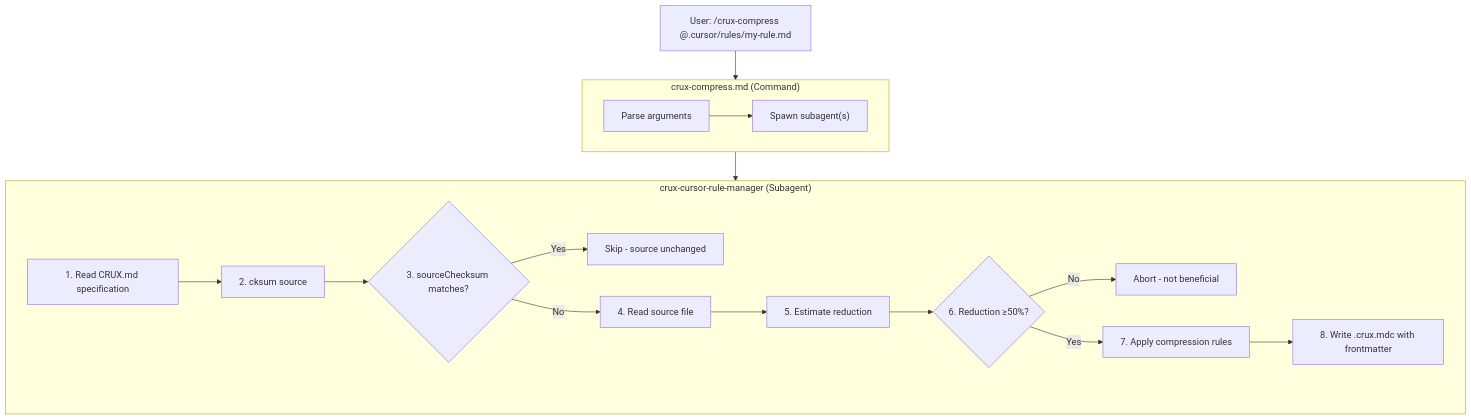
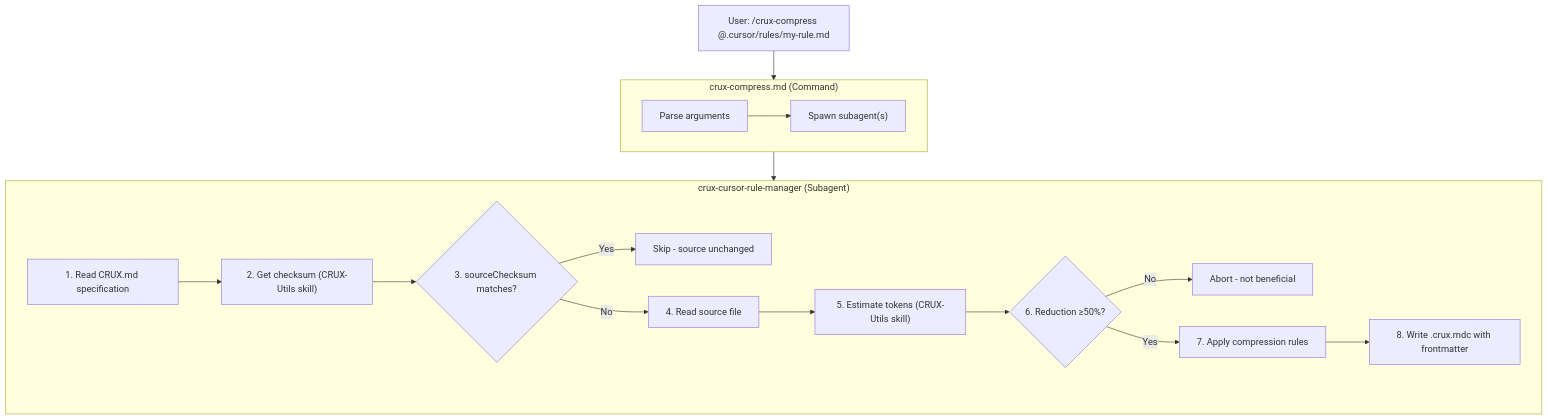
One commit to zotoio/CRUX-Compress changed the second of 4 diagrams in README.md. Above: the diagram before and after it, drawn with Mermaid. The commit also changed other lines of this file and 13 other files, not shown here.

````diff
--- a/README.md
+++ b/README.md
@@ -253,30 +285,30 @@
 ```mermaid
 flowchart TD
     USER["User: /crux-compress @.cursor/rules/my-rule.md"]
     
     subgraph COMMAND["crux-compress.md (Command)"]
         C1["Parse arguments"]
         C2["Spawn subagent(s)"]
         C1 --> C2
     end
     
     subgraph MANAGER["crux-cursor-rule-manager (Subagent)"]
         M1["1. Read CRUX.md specification"]
-        M2["2. cksum source"]
+        M2["2. Get checksum (CRUX-Utils skill)"]
         M3{"3. sourceChecksum matches?"}
         M4["4. Read source file"]
-        M5["5. Estimate reduction"]
+        M5["5. Estimate tokens (CRUX-Utils skill)"]
         M6{"6. Reduction ≥50%?"}
         M7["7. Apply compression rules"]
         M8["8. Write .crux.mdc with frontmatter"]
         
         M1 --> M2 --> M3
         M3 -->|"Yes"| SKIP["Skip - source unchanged"]
         M3 -->|"No"| M4 --> M5 --> M6
         M6 -->|"No"| ABORT["Abort - not beneficial"]
         M6 -->|"Yes"| M7 --> M8
     end
     
     USER --> COMMAND
     COMMAND --> MANAGER
 ```
````
